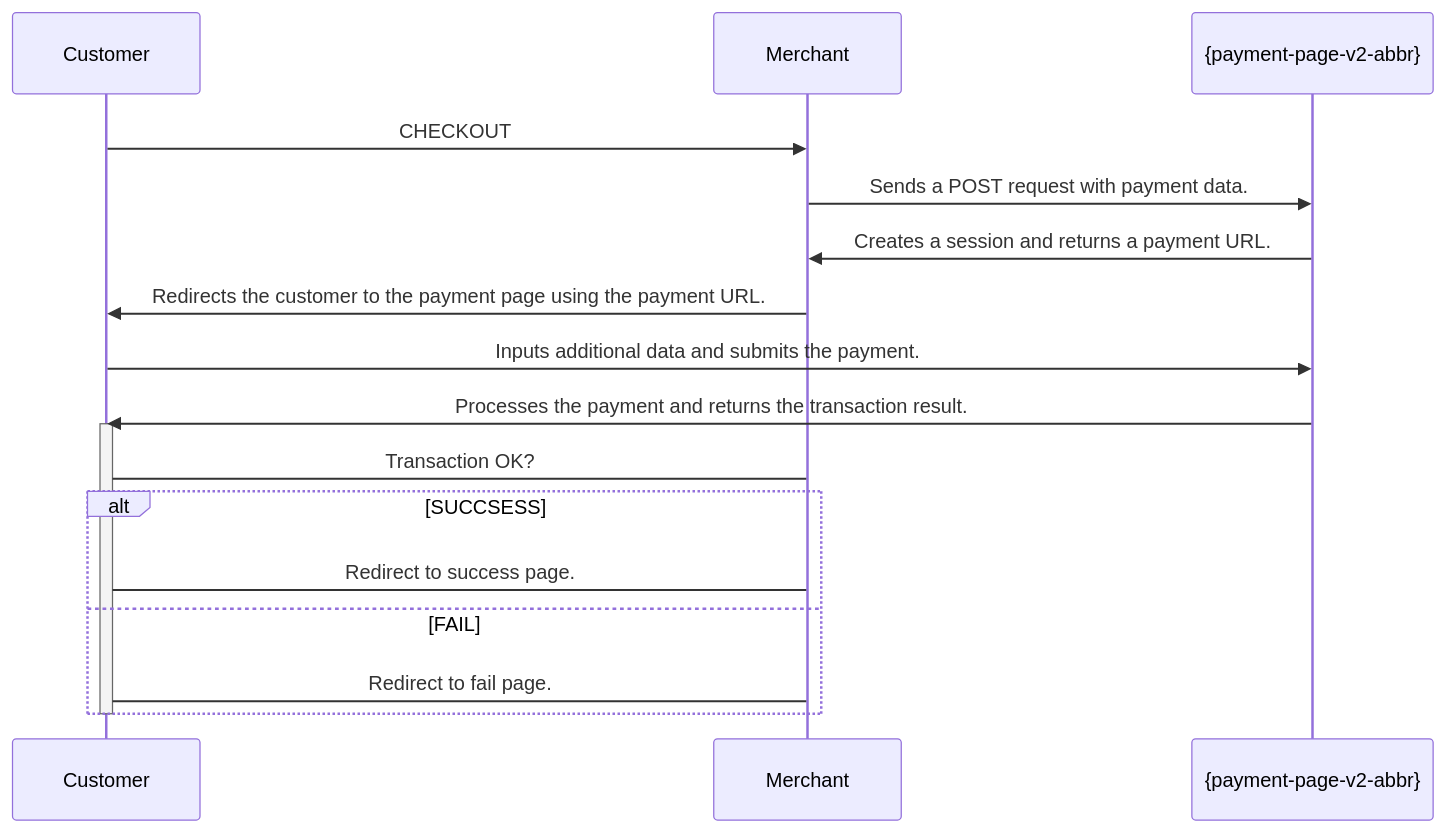
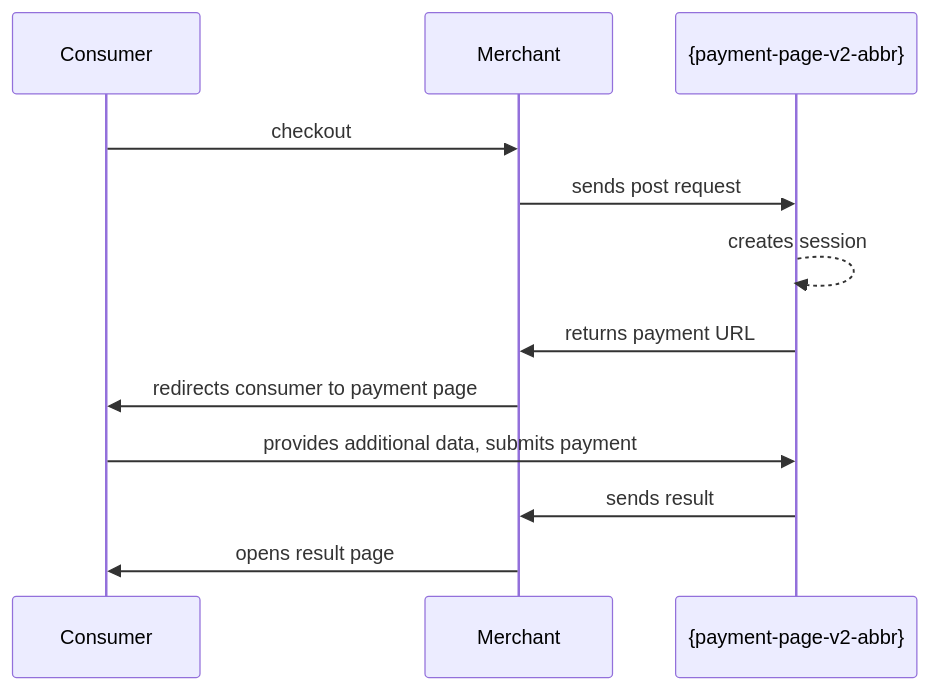
One commit to wirecard/merchant-documentation-gateway changed the diagram in 03-01-10-wpp-workflow.adoc. Above: the diagram before and after it, drawn with Mermaid.

Commit message:
Update Mermaid Diagrams

```diff
--- a/03-01-10-wpp-workflow.adoc
+++ b/03-01-10-wpp-workflow.adoc
@@ -7,21 +7,15 @@
 [mermaid,PPSolutions_PPv2_Workflow,svg,subs=attributes+]
 ----
 sequenceDiagram
-    participant A as Customer
+    participant A as Consumer
     participant B as Merchant
     participant C as {payment-page-v2-abbr}
-        A ->> B: CHECKOUT
-        B ->> C: Sends a POST request with payment data.
-        C ->> B: Creates a session and returns a payment URL.
-        B ->> A: Redirects the customer to the payment page using the payment URL.
-        A ->> C: Inputs additional data and submits the payment.
-        C ->> A: Processes the payment and returns the transaction result.
-        activate A
-        B -> A: Transaction OK?
-            alt SUCCSESS
-           	 B -> A: Redirect to success page.
-            else FAIL
-            	B -> A: Redirect to fail page.
-            end
-        deactivate A
+        A ->> B: checkout
+        B ->> C: sends post request
+        C -->> C: creates session
+        C ->> B: returns payment URL
+        B ->> A: redirects consumer to payment page
+        A ->> C: provides additional data, submits payment
+        C ->> B: sends result
+        B ->> A: opens result page
 ----
```
